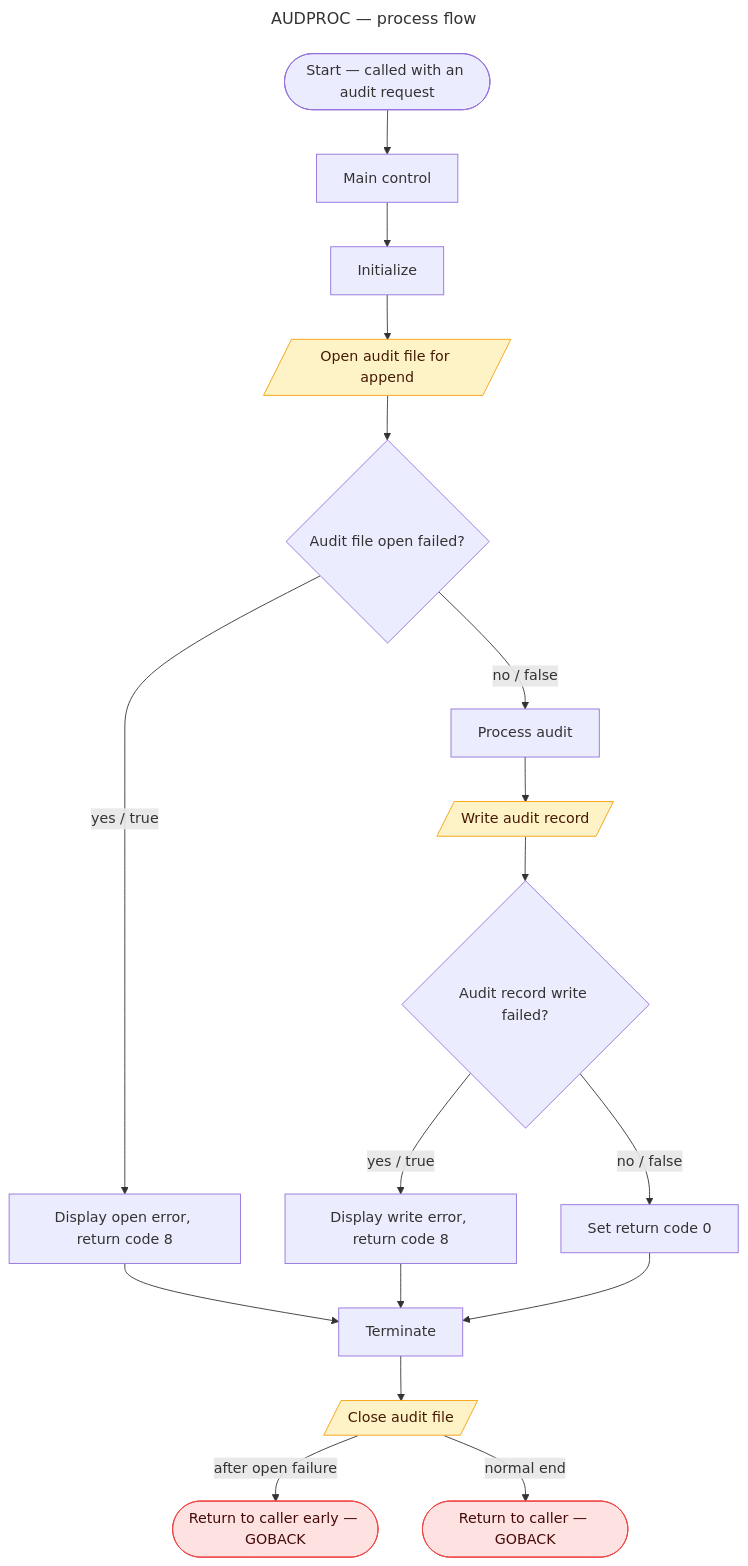
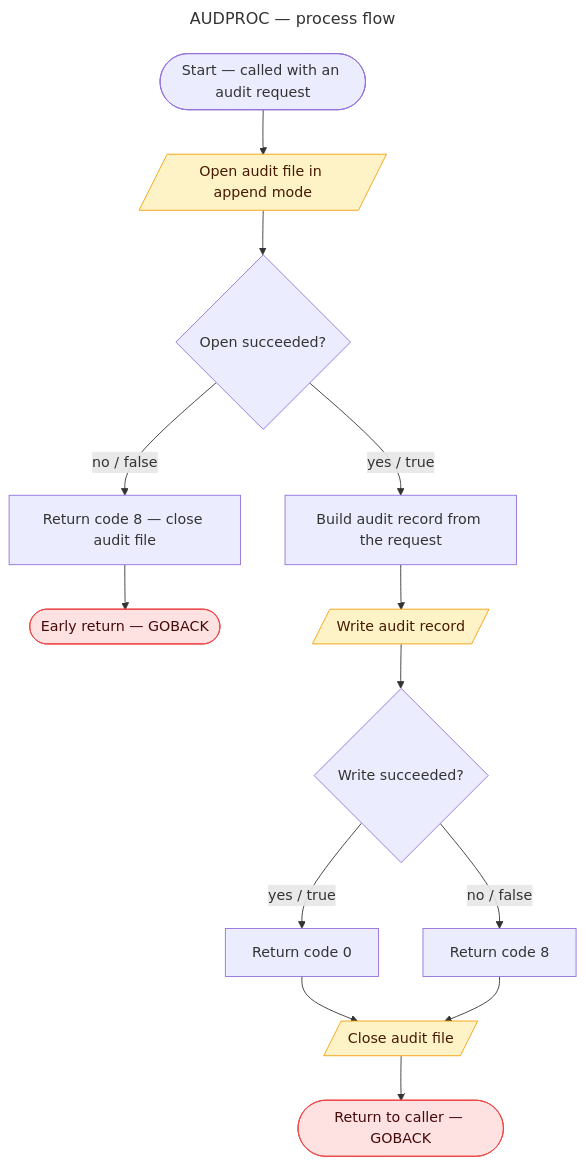
One commit to vighnasreevara/REVFORGE-Harness changed the diagram in output/diagram/diagrams/flow_AUDPROC.mmd. Above: the diagram before and after it, drawn with Mermaid. The commit also changed 352 other files, not shown here.

```diff
--- a/output/diagram/diagrams/flow_AUDPROC.mmd
+++ b/output/diagram/diagrams/flow_AUDPROC.mmd
@@ -1,62 +1,55 @@
 ---
 title: AUDPROC — process flow
 ---
 flowchart TD
   %% Generated by 6_diagram agent — sequence-builder skill
-  %% Program: AUDPROC (called subprogram) — 4 paragraphs, 0 business rules
+  %% Program: AUDPROC (called subprogram) — 4 paragraphs, 3 business rules, logic_status success
   %% Edges: solid = confirmed; -.-> runtime:/uncertain: = uncertain; -.-> ? = unsupported
 
-  classDef rule     fill:#ede9fe,stroke:#7c3aed,color:#2e1065
-  classDef io       fill:#fef3c7,stroke:#f59e0b,color:#451a03
-  classDef terminal fill:#fee2e2,stroke:#ef4444,color:#450a0a
+  classDef io         fill:#fef3c7,stroke:#f59e0b,color:#451a03
+  classDef terminal   fill:#fee2e2,stroke:#ef4444,color:#450a0a
 
   START(["Start — called with an audit request"])
-  PARA_0000["Main control"]
-  PARA_1000["Initialize"]
-  IO_OPEN[/"Open audit file for append"/]:::io
-  DEC_OPEN{"Audit file open failed?"}
-  ERR_OPEN["Display open error, return code 8"]
-  PARA_2000["Process audit"]
+  IO_OPEN[/"Open audit file in append mode"/]:::io
+  DEC_OPEN{"Open succeeded?"}
+  ERR_OPEN["Return code 8 — close audit file"]
+  ERR_END(["Early return — GOBACK"]):::terminal
+  PARA_BUILD["Build audit record from the request"]
   IO_WRITE[/"Write audit record"/]:::io
-  DEC_WRITE{"Audit record write failed?"}
-  ERR_WRITE["Display write error, return code 8"]
-  OK_WRITE["Set return code 0"]
-  PARA_3000["Terminate"]
+  DEC_WRITE{"Write succeeded?"}
+  SET_RC0["Return code 0"]
+  SET_RC8["Return code 8"]
   IO_CLOSE[/"Close audit file"/]:::io
-  TERM_EARLY(["Return to caller early — GOBACK"]):::terminal
   TERMINAL(["Return to caller — GOBACK"]):::terminal
 
-  START --> PARA_0000
-  PARA_0000 --> PARA_1000
-  PARA_1000 --> IO_OPEN
-  IO_OPEN --> DEC_OPEN
-  DEC_OPEN -->|yes / true| ERR_OPEN
-  ERR_OPEN --> PARA_3000
-  DEC_OPEN -->|no / false| PARA_2000
-  PARA_2000 --> IO_WRITE
-  IO_WRITE --> DEC_WRITE
-  DEC_WRITE -->|yes / true| ERR_WRITE
-  DEC_WRITE -->|no / false| OK_WRITE
-  ERR_WRITE --> PARA_3000
-  OK_WRITE --> PARA_3000
-  PARA_3000 --> IO_CLOSE
-  IO_CLOSE -->|after open failure| TERM_EARLY
-  IO_CLOSE -->|normal end| TERMINAL
-
-  %% REVFORGE-ID START paragraph_id=null statement_id=null
-  %% REVFORGE-ID PARA_0000 paragraph_id=SYS-PORTFOLIO-001-FIL-0053-PAR-0001 statement_id=null
-  %% REVFORGE-ID PARA_1000 paragraph_id=SYS-PORTFOLIO-001-FIL-0053-PAR-0002 statement_id=null
   %% REVFORGE-ID IO_OPEN paragraph_id=SYS-PORTFOLIO-001-FIL-0053-PAR-0002 statement_id=SYS-PORTFOLIO-001-FIL-0053-STMT-000006
   %% REVFORGE-ID DEC_OPEN paragraph_id=SYS-PORTFOLIO-001-FIL-0053-PAR-0002 statement_id=SYS-PORTFOLIO-001-FIL-0053-STMT-000007
-  %% REVFORGE-ID ERR_OPEN paragraph_id=SYS-PORTFOLIO-001-FIL-0053-PAR-0002 statement_id=SYS-PORTFOLIO-001-FIL-0053-STMT-000022
-  %% REVFORGE-ID PARA_2000 paragraph_id=SYS-PORTFOLIO-001-FIL-0053-PAR-0003 statement_id=null
+  %% REVFORGE-ID ERR_OPEN paragraph_id=SYS-PORTFOLIO-001-FIL-0053-PAR-0002 statement_id=SYS-PORTFOLIO-001-FIL-0053-STMT-000023
+  %% REVFORGE-ID ERR_END paragraph_id=SYS-PORTFOLIO-001-FIL-0053-PAR-0002 statement_id=SYS-PORTFOLIO-001-FIL-0053-STMT-000024
+  %% REVFORGE-ID PARA_BUILD paragraph_id=SYS-PORTFOLIO-001-FIL-0053-PAR-0003 statement_id=SYS-PORTFOLIO-001-FIL-0053-STMT-000010
   %% REVFORGE-ID IO_WRITE paragraph_id=SYS-PORTFOLIO-001-FIL-0053-PAR-0003 statement_id=SYS-PORTFOLIO-001-FIL-0053-STMT-000018
   %% REVFORGE-ID DEC_WRITE paragraph_id=SYS-PORTFOLIO-001-FIL-0053-PAR-0003 statement_id=SYS-PORTFOLIO-001-FIL-0053-STMT-000019
-  %% REVFORGE-ID ERR_WRITE paragraph_id=SYS-PORTFOLIO-001-FIL-0053-PAR-0003 statement_id=SYS-PORTFOLIO-001-FIL-0053-STMT-000027
-  %% REVFORGE-ID OK_WRITE paragraph_id=SYS-PORTFOLIO-001-FIL-0053-PAR-0003 statement_id=SYS-PORTFOLIO-001-FIL-0053-STMT-000025
-  %% REVFORGE-ID PARA_3000 paragraph_id=SYS-PORTFOLIO-001-FIL-0053-PAR-0004 statement_id=null
-  %% REVFORGE-ID IO_CLOSE paragraph_id=SYS-PORTFOLIO-001-FIL-0053-PAR-0004 statement_id=SYS-PORTFOLIO-001-FIL-0053-STMT-000020
-  %% REVFORGE-ID TERM_EARLY paragraph_id=SYS-PORTFOLIO-001-FIL-0053-PAR-0002 statement_id=SYS-PORTFOLIO-001-FIL-0053-STMT-000024
+  %% REVFORGE-ID SET_RC0 paragraph_id=SYS-PORTFOLIO-001-FIL-0053-PAR-0003 statement_id=SYS-PORTFOLIO-001-FIL-0053-STMT-000025
+  %% REVFORGE-ID SET_RC8 paragraph_id=SYS-PORTFOLIO-001-FIL-0053-PAR-0003 statement_id=SYS-PORTFOLIO-001-FIL-0053-STMT-000026
+  %% REVFORGE-ID IO_CLOSE paragraph_id=SYS-PORTFOLIO-001-FIL-0053-PAR-0004 statement_id=SYS-PORTFOLIO-001-FIL-0053-STMT-000003
   %% REVFORGE-ID TERMINAL paragraph_id=SYS-PORTFOLIO-001-FIL-0053-PAR-0001 statement_id=SYS-PORTFOLIO-001-FIL-0053-STMT-000004
 
-  %% No business rules recorded for this program in rules_artifact.json.
+  START --> IO_OPEN
+  IO_OPEN --> DEC_OPEN
+  DEC_OPEN -->|no / false| ERR_OPEN
+  ERR_OPEN --> ERR_END
+  DEC_OPEN -->|yes / true| PARA_BUILD
+  PARA_BUILD --> IO_WRITE
+  IO_WRITE --> DEC_WRITE
+  DEC_WRITE -->|yes / true| SET_RC0
+  DEC_WRITE -->|no / false| SET_RC8
+  SET_RC0 --> IO_CLOSE
+  SET_RC8 --> IO_CLOSE
+  IO_CLOSE --> TERMINAL
+
+  %% Agent 4 warnings: on open failure the unopened file is closed (status not checked); the group move into the
+  %% audit header overwrites the timestamp just moved (SME review).
+  %% Medium and low confidence rules not shown inline:
+  %% BR-143 (medium): Report audit record type as transaction, user action or system event — declared value domain (copybook AUDITLOG)
+  %% BR-144 (medium): Report audit action as a declared audit action — declared value domain (copybook AUDITLOG)
+  %% BR-145 (medium): Report audit outcome status as success, failure or warning — declared value domain (copybook AUDITLOG)
```
